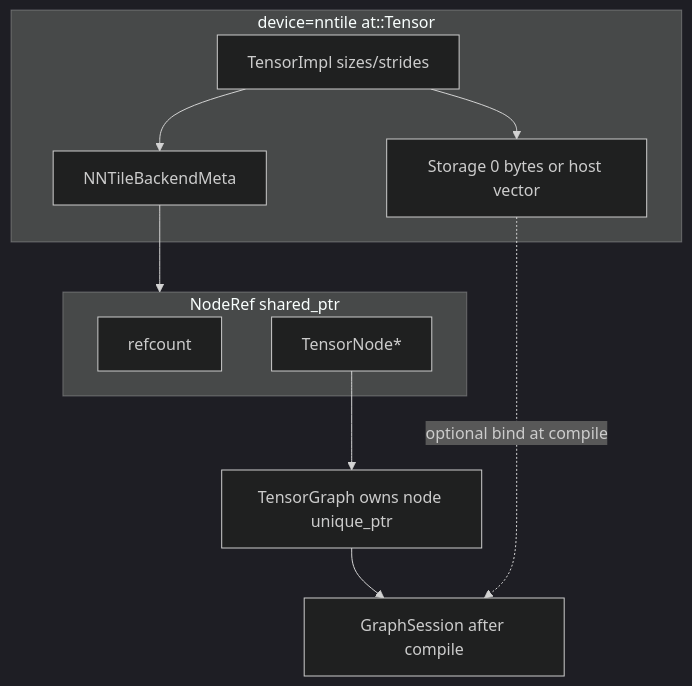
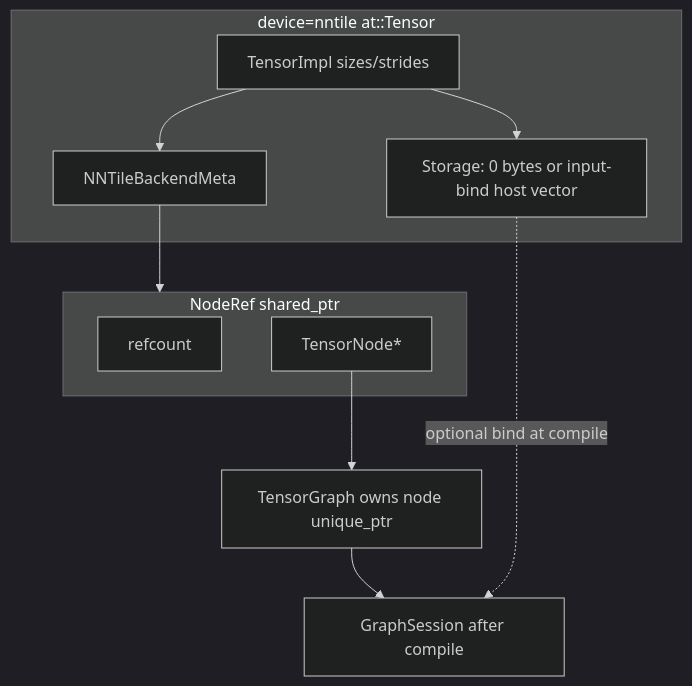
Before and after one commit to nntile/nntile: the diagram in docs/dev/nntile_tensor_impl_plan.md, drawn with Mermaid (dark theme). The commit also changed other lines of this file, not shown here.

Commit message:
docs: input-only host staging and on-demand gather readout path

````diff
--- a/docs/dev/nntile_tensor_impl_plan.md
+++ b/docs/dev/nntile_tensor_impl_plan.md
@@ -67,20 +68,20 @@
 ```mermaid
 flowchart TD
     subgraph tensor [device=nntile at::Tensor]
         Impl[TensorImpl sizes/strides]
         Meta[NNTileBackendMeta]
-        Storage[Storage 0 bytes or host vector]
+        Storage["Storage: 0 bytes or input-bind host vector"]
         Impl --> Meta
         Impl --> Storage
     end
 
     subgraph noderef [NodeRef shared_ptr]
         RC[refcount]
         Ptr[TensorNode*]
     end
 
     Meta --> noderef
     Ptr --> TG[TensorGraph owns node unique_ptr]
     TG --> Session[GraphSession after compile]
     Storage -.->|optional bind at compile| Session
 ```
````
